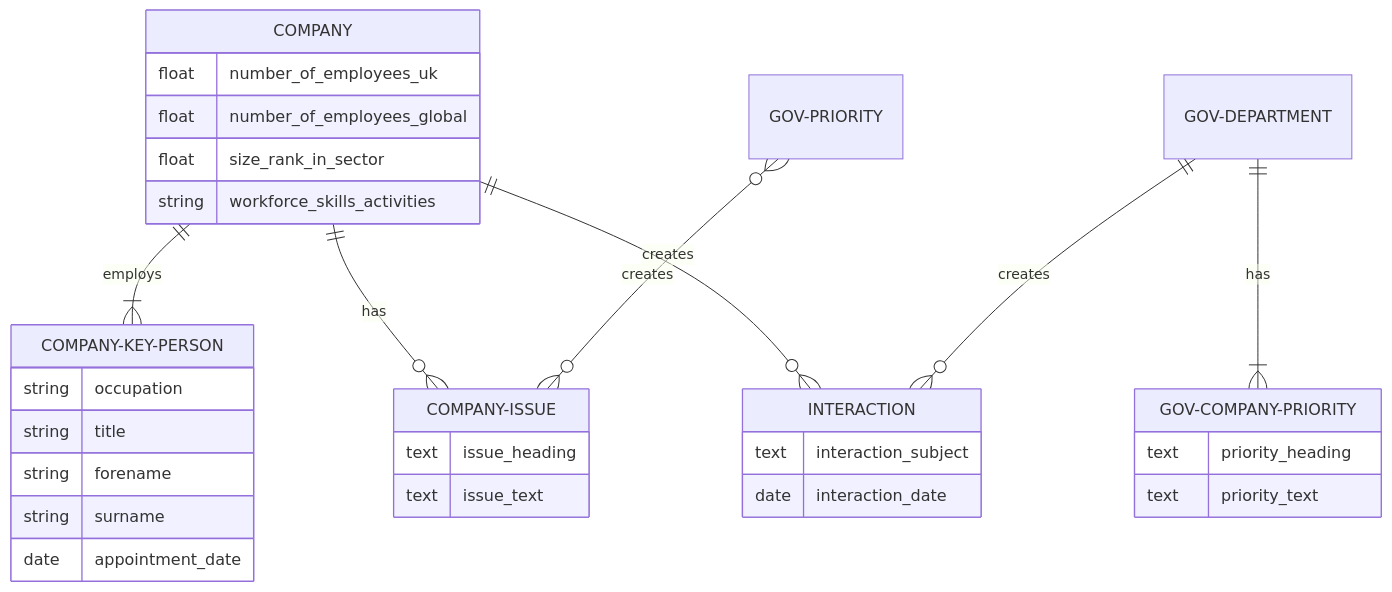
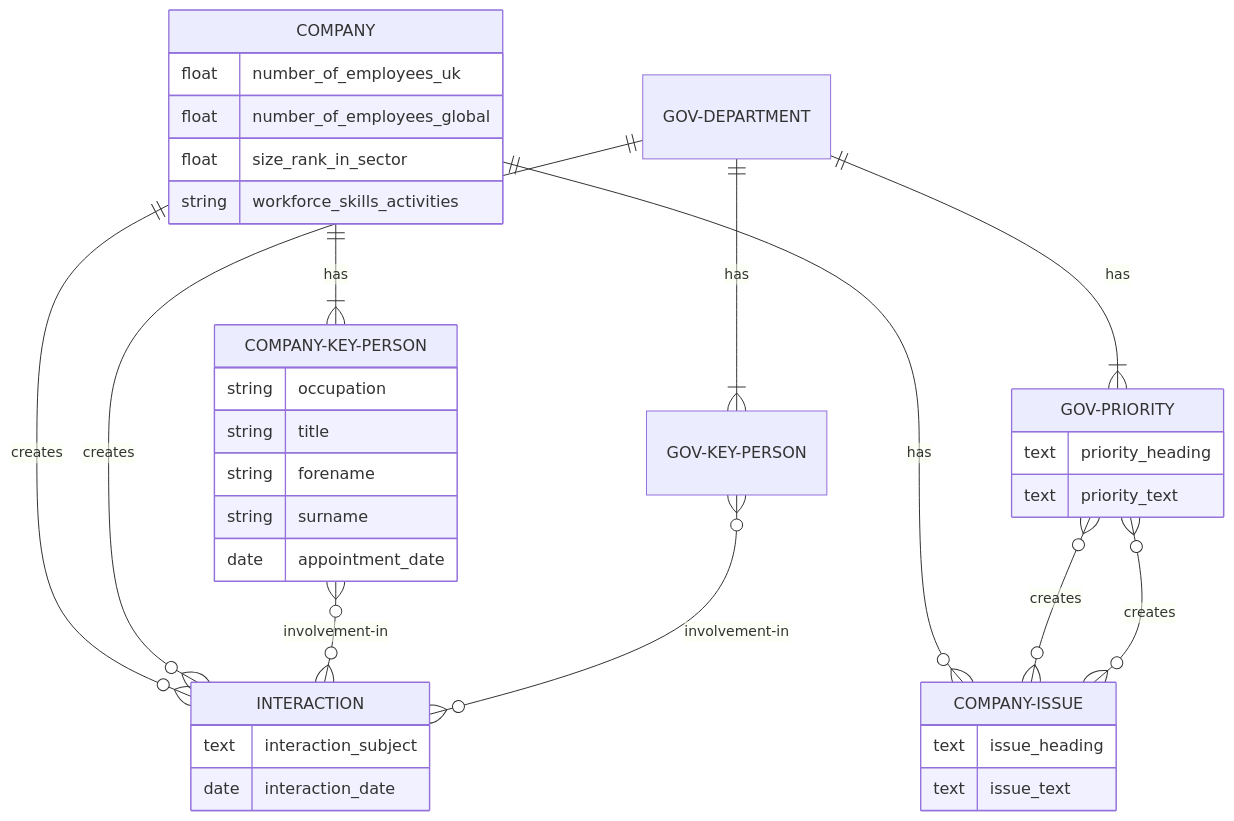
The diagram in entity_diagram.md (uktrade/strategic-companies-list), drawn with Mermaid before and after one commit.

Commit message:
adding entity properties

````diff
--- a/entity_diagram.md
+++ b/entity_diagram.md
@@ -1,35 +1,39 @@
 ```mermaid
 erDiagram
-    COMPANY ||--|{ COMPANY-KEY-PERSON: employs
+    COMPANY ||--|{ COMPANY-KEY-PERSON: has
     COMPANY ||--o{ COMPANY-ISSUE: has
     COMPANY ||--o{ INTERACTION: creates
+    GOV-DEPARTMENT ||--|{ GOV-KEY-PERSON: has
     GOV-DEPARTMENT ||--o{ INTERACTION: creates
-    GOV-DEPARTMENT ||--|{ GOV-COMPANY-PRIORITY: has
+    GOV-DEPARTMENT ||--|{ GOV-PRIORITY: has
     GOV-PRIORITY }o--o{ COMPANY-ISSUE: creates
+    GOV-PRIORITY }o--o{ COMPANY-ISSUE: creates
+    COMPANY-KEY-PERSON }o--o{ INTERACTION: involvement-in
+    GOV-KEY-PERSON }o--o{ INTERACTION: involvement-in
     COMPANY{
         float number_of_employees_uk
         float number_of_employees_global
         float size_rank_in_sector
         string workforce_skills_activities
     }
     COMPANY-KEY-PERSON{
         string occupation
         string title
         string forename
         string surname
         date appointment_date
     }
     COMPANY-ISSUE{
         text issue_heading
         text issue_text
     }
-    GOV-COMPANY-PRIORITY{
+    GOV-PRIORITY{
         text priority_heading
         text priority_text
     }
     INTERACTION{
         text interaction_subject
         date interaction_date
     }
     
 ```
````
